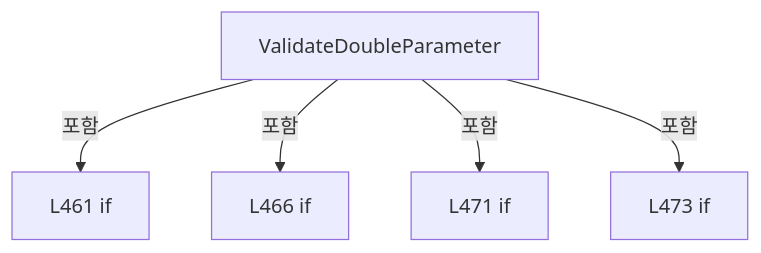
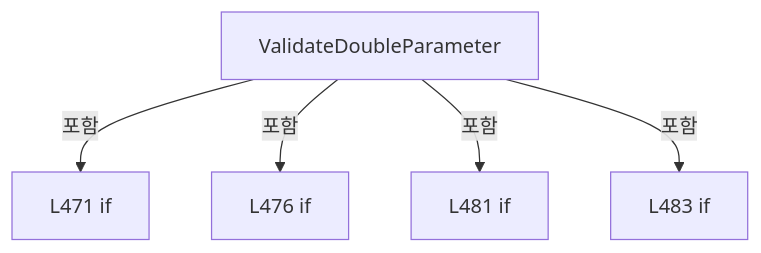
One commit to kjuws10-rgb/Shared changed diagram 11 of 17 in A3 LD Code Ref/files/Drilling.File/JHMI/CSettingFile.cs.md. Above: the diagram before and after it, drawn with Mermaid. The commit also changed other lines of this file and 2071 other files, not shown here.

Commit message:
docs(a3): update 11.19.0 architecture and code reference

````diff
--- a/A3 LD Code Ref/files/Drilling.File/JHMI/CSettingFile.cs.md
+++ b/A3 LD Code Ref/files/Drilling.File/JHMI/CSettingFile.cs.md
@@ -2022,12 +2032,12 @@
 ```mermaid
 flowchart TD
  M["ValidateDoubleParameter"]
- N0["L461 if"]
+ N0["L471 if"]
  M -->|포함| N0
- N1["L466 if"]
+ N1["L476 if"]
  M -->|포함| N1
- N2["L471 if"]
+ N2["L481 if"]
  M -->|포함| N2
- N3["L473 if"]
+ N3["L483 if"]
  M -->|포함| N3
 ```
````
